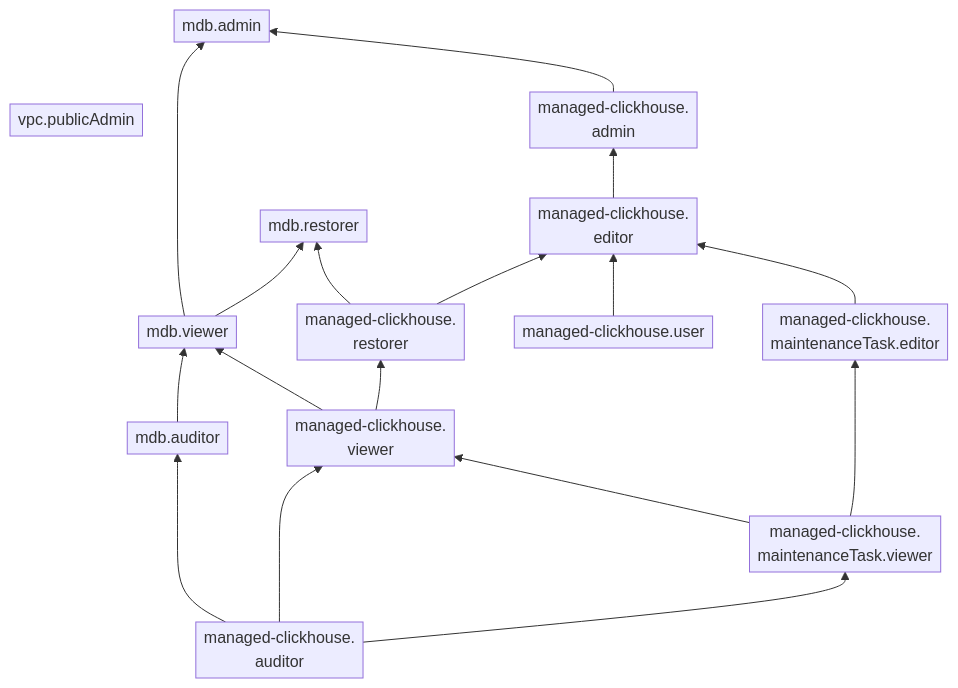
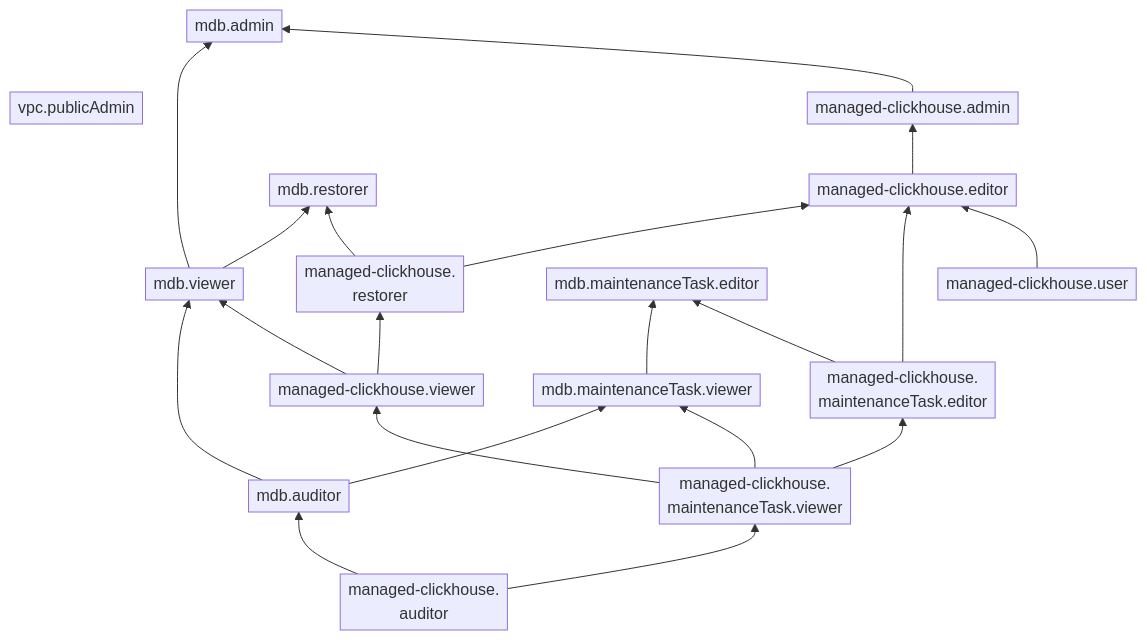
The diagram in en/_mermaid/roles/managed-clickhouse.md (yandex-cloud/docs), drawn with Mermaid before and after one commit. The commit also changed 235 other files, not shown here.

````diff
--- a/en/_mermaid/roles/managed-clickhouse.md
+++ b/en/_mermaid/roles/managed-clickhouse.md
@@ -1,29 +1,30 @@
 ```mermaid
 %%{init: { "flowchart": { "padding": 4 } } }%%
 flowchart BT
     vpc.publicAdmin ~~~ mdb.admin
-    mdb.viewer ----> mdb.admin
+    mdb.viewer --> mdb.admin
+    mdb.viewer ~~~ mdb.admin
+    mdb.restorer ~~~ mdb.admin
     mdb.viewer --> mdb.restorer
-    mdb.restorer ~~~ mdb.admin
-    managed-clickhouse.admin["`managed-clickhouse.
-    admin`"] --> mdb.admin
-    mdb.auditor --> mdb.viewer
-    managed-clickhouse.viewer["`managed-clickhouse.
-    viewer`"] --> mdb.viewer
-    managed-clickhouse.auditor["`managed-clickhouse.
-    auditor`"] --> mdb.auditor
-    managed-clickhouse.editor["`managed-clickhouse.
-    editor`"] --> managed-clickhouse.admin
+    managed-clickhouse.admin --> mdb.admin
+    managed-clickhouse.viewer --> managed-clickhouse.restorer
     managed-clickhouse.restorer["`managed-clickhouse.
-    restorer`"] --> mdb.restorer
-    managed-clickhouse.restorer --> managed-clickhouse.editor
-    managed-clickhouse.viewer --> managed-clickhouse.restorer
-    managed-clickhouse.user --> managed-clickhouse.editor
+    restorer`"] --> managed-clickhouse.editor
+    mdb.auditor --> mdb.maintenanceTask.viewer
+    mdb.maintenanceTask.viewer --> mdb.maintenanceTask.editor
+    managed-clickhouse.maintenanceTask.viewer --> mdb.maintenanceTask.viewer
     managed-clickhouse.maintenanceTask.editor --> managed-clickhouse.editor
     managed-clickhouse.maintenanceTask.viewer --> managed-clickhouse.viewer
     managed-clickhouse.maintenanceTask.viewer --> managed-clickhouse.maintenanceTask.editor["`managed-clickhouse.
     maintenanceTask.editor`"]
-    managed-clickhouse.auditor --> managed-clickhouse.viewer
+    managed-clickhouse.maintenanceTask.editor --> mdb.maintenanceTask.editor
     managed-clickhouse.auditor --> managed-clickhouse.maintenanceTask.viewer["`managed-clickhouse.
     maintenanceTask.viewer`"]
+    mdb.auditor --> mdb.viewer
+    managed-clickhouse.viewer --> mdb.viewer
+    managed-clickhouse.auditor["`managed-clickhouse.
+    auditor`"] --> mdb.auditor
+    managed-clickhouse.editor --> managed-clickhouse.admin
+    managed-clickhouse.restorer --> mdb.restorer
+    managed-clickhouse.user --> managed-clickhouse.editor
 ```
````
